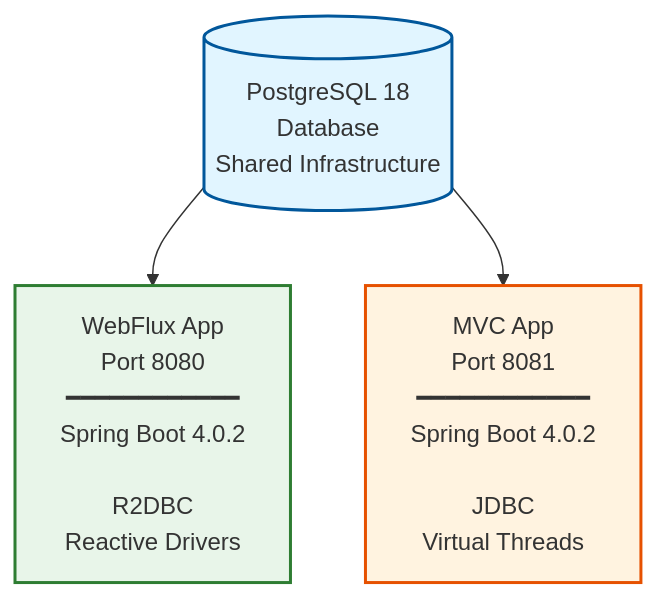
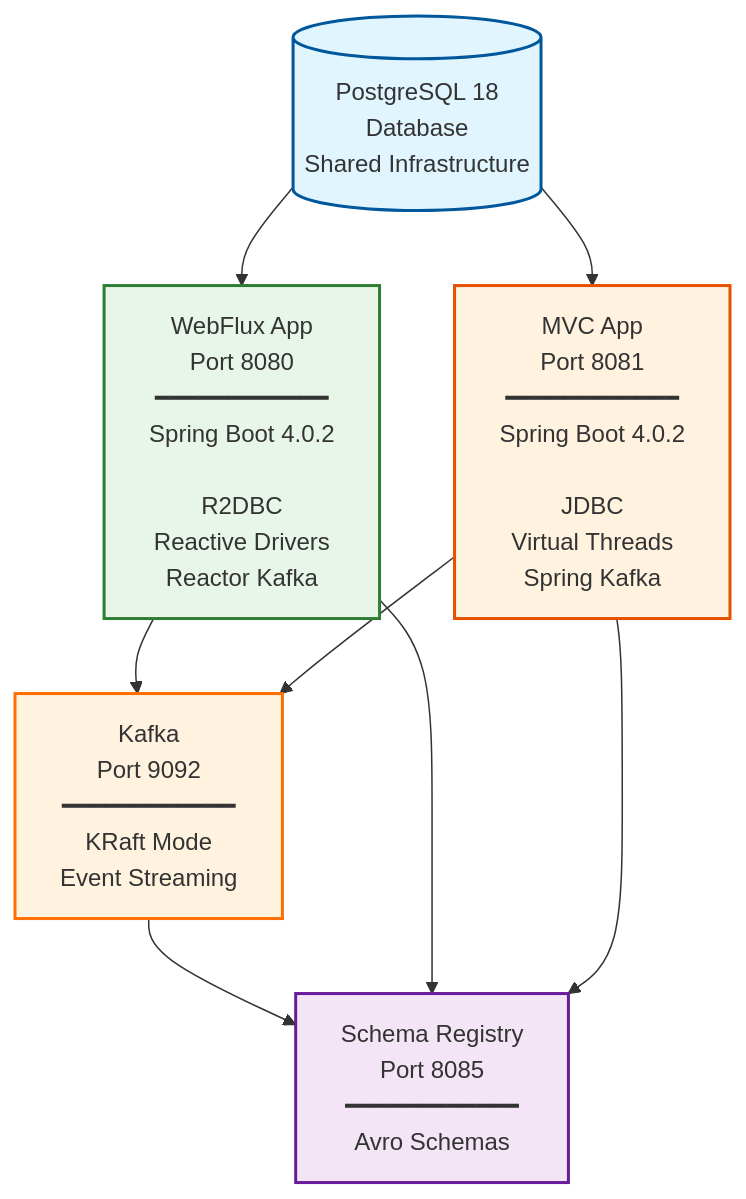
The first of 2 diagrams in README.md (cebartling/spring-boot-performance-2026), drawn with Mermaid before and after one commit. The commit also changed other lines of this file and 49 other files, not shown here.

First line of the commit message:
Add Kafka and Schema Registry integration with Avro event publishing

````diff
--- a/README.md
+++ b/README.md
@@ -85,11 +85,24 @@
 ```mermaid
 graph TB
     DB[(PostgreSQL 18<br/>Database<br/>Shared Infrastructure)]
 
-    DB --> WebFlux[WebFlux App<br/>Port 8080<br/>━━━━━━━━━━━━<br/>Spring Boot 4.0.2<br/><br/>R2DBC<br/>Reactive Drivers]
-    DB --> MVC[MVC App<br/>Port 8081<br/>━━━━━━━━━━━━<br/>Spring Boot 4.0.2<br/><br/>JDBC<br/>Virtual Threads]
+    Kafka[Kafka<br/>Port 9092<br/>━━━━━━━━━━━━<br/>KRaft Mode<br/>Event Streaming]
+
+    SR[Schema Registry<br/>Port 8085<br/>━━━━━━━━━━━━<br/>Avro Schemas]
+
+    DB --> WebFlux[WebFlux App<br/>Port 8080<br/>━━━━━━━━━━━━<br/>Spring Boot 4.0.2<br/><br/>R2DBC<br/>Reactive Drivers<br/>Reactor Kafka]
+    DB --> MVC[MVC App<br/>Port 8081<br/>━━━━━━━━━━━━<br/>Spring Boot 4.0.2<br/><br/>JDBC<br/>Virtual Threads<br/>Spring Kafka]
+
+    WebFlux --> Kafka
+    MVC --> Kafka
+
+    Kafka --> SR
+    WebFlux --> SR
+    MVC --> SR
 
     style DB fill:#e1f5ff,stroke:#01579b,stroke-width:2px
+    style Kafka fill:#fff3e0,stroke:#ff6f00,stroke-width:2px
+    style SR fill:#f3e5f5,stroke:#6a1b9a,stroke-width:2px
     style WebFlux fill:#e8f5e9,stroke:#2e7d32,stroke-width:2px
     style MVC fill:#fff3e0,stroke:#e65100,stroke-width:2px
 ```
````
